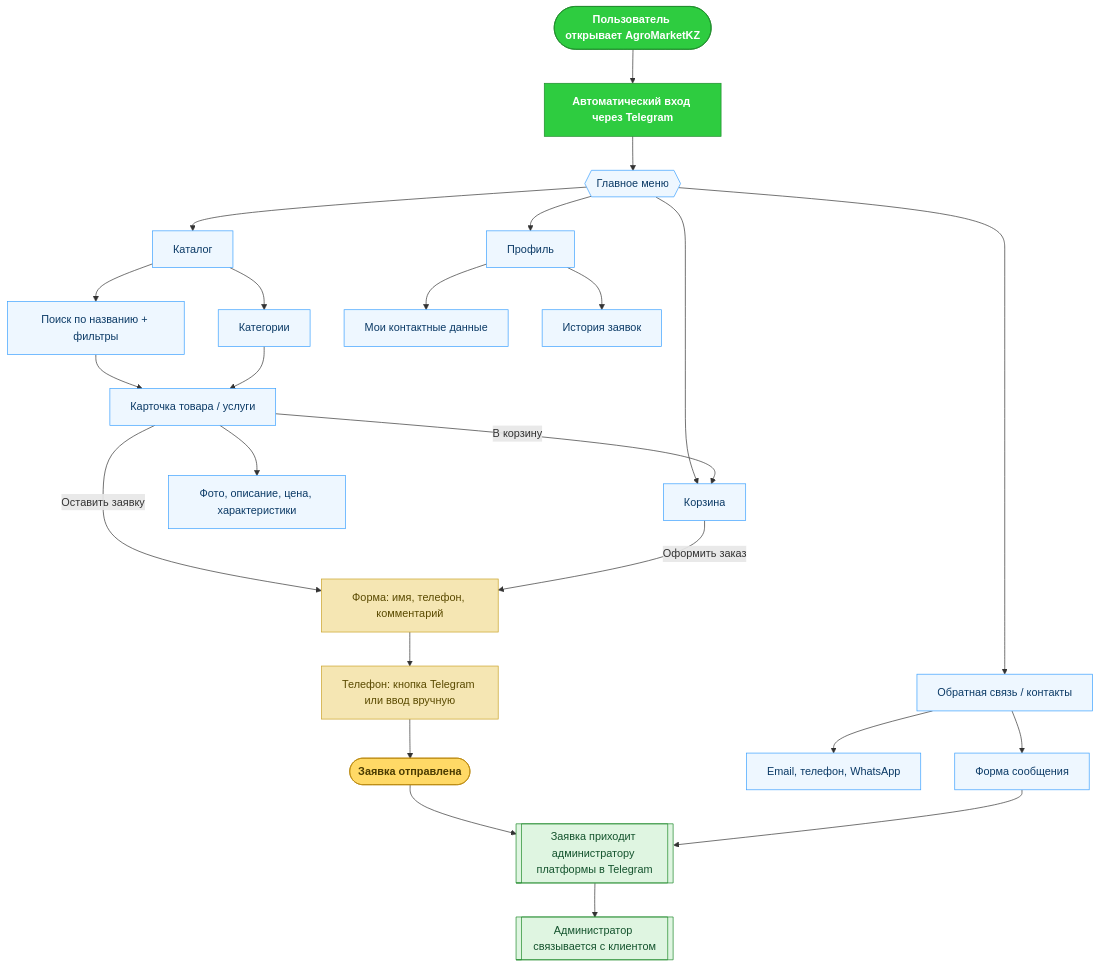
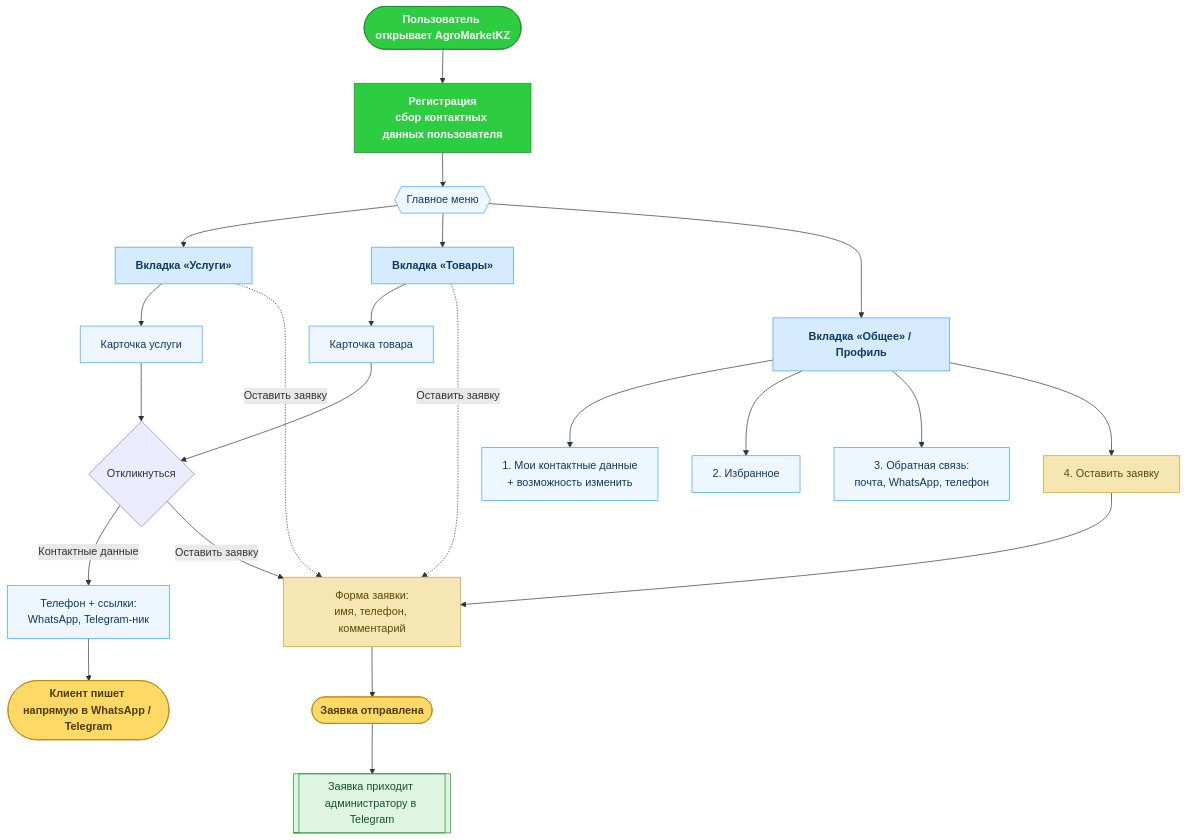
The diagram in USER_FLOW.md (bullbashechka/AgroMarketKZ), drawn with Mermaid before and after one commit. The commit also changed other lines of this file and 2 other files, not shown here.

Commit message:
docs: rework PRD, tasks, and flow around 3-tab navigation
Replace cart/checkout model with registration on entry, bottom nav of
Услуги/Товары/Общее tabs, "Откликнуться" (direct contacts or request),
and favorites. Update data model, API, screens, and E2E tasks to match.

````diff
--- a/USER_FLOW.md
+++ b/USER_FLOW.md
@@ -5,49 +5,49 @@
 ```mermaid
 flowchart TD
-    Start([Пользователь открывает AgroMarketKZ]) --> Auth[Автоматический вход через Telegram]
-    Auth --> Menu{{Главное меню}}
+    Start([Пользователь открывает AgroMarketKZ]) --> Reg[Регистрация<br/>сбор контактных данных пользователя]
+    Reg --> Menu{{Главное меню}}
 
-    Menu --> Catalog[Каталог]
-    Menu --> Cart[Корзина]
-    Menu --> Feedback[Обратная связь / контакты]
-    Menu --> Profile[Профиль]
+    %% Нижняя панель — 3 вкладки
+    Menu --> Services[Вкладка «Услуги»]
+    Menu --> Goods[Вкладка «Товары»]
+    Menu --> General[Вкладка «Общее» / Профиль]
 
-    %% Каталог
-    Catalog --> Search[Поиск по названию + фильтры]
-    Catalog --> Cats[Категории]
-    Search --> Card[Карточка товара / услуги]
-    Cats --> Card
-    Card --> Gallery[Фото, описание, цена, характеристики]
+    %% Услуги и товары
+    Services --> SCard[Карточка услуги]
+    Goods --> GCard[Карточка товара]
+    SCard --> Respond{Откликнуться}
+    GCard --> Respond
 
-    %% Два пути к заявке
-    Card -->|В корзину| Cart
-    Card -->|Оставить заявку| Form[Форма: имя, телефон, комментарий]
-    Cart -->|Оформить заказ| Form
+    %% Два варианта при отклике
+    Respond -->|Контактные данные| Contacts[Телефон + ссылки:<br/>WhatsApp, Telegram-ник]
+    Respond -->|Оставить заявку| Request[Форма заявки:<br/>имя, телефон, комментарий]
 
-    Form --> Phone[Телефон: кнопка Telegram или ввод вручную]
-    Phone --> Request([Заявка отправлена])
+    %% Заявку можно оставить и прямо с вкладок
+    Services -. Оставить заявку .-> Request
+    Goods -. Оставить заявку .-> Request
 
-    %% Что происходит после
-    Request --> Seller[[Заявка приходит администратору платформы в Telegram]]
-    Seller --> Contact[[Администратор связывается с клиентом]]
+    Contacts --> Write([Клиент пишет напрямую в WhatsApp / Telegram])
+    Request --> Sent([Заявка отправлена])
+    Sent --> Admin[[Заявка приходит администратору в Telegram]]
 
-    %% Обратная связь
-    Feedback --> Contacts[Email, телефон, WhatsApp]
-    Feedback --> FbForm[Форма сообщения] --> Seller
-
-    %% Профиль
-    Profile --> MyData[Мои контактные данные]
-    Profile --> History[История заявок]
+    %% Вкладка «Общее» / Профиль
+    General --> MyData[1. Мои контактные данные<br/>+ возможность изменить]
+    General --> Fav[2. Избранное]
+    General --> Feedback[3. Обратная связь:<br/>почта, WhatsApp, телефон]
+    General --> GenReq[4. Оставить заявку]
+    GenReq --> Request
 
     classDef entry fill:#2ecc40,stroke:#1e8a2a,color:#fff,font-weight:bold
+    classDef tab fill:#d7ebff,stroke:#3aa0ff,color:#0b3a66,font-weight:bold
     classDef screen fill:#eef7ff,stroke:#3aa0ff,color:#0b3a66
     classDef action fill:#f5e6b3,stroke:#c9a227,color:#5a4a00
     classDef result fill:#ffd966,stroke:#b8860b,color:#4a3b00,font-weight:bold
     classDef seller fill:#dff5e1,stroke:#1e8a2a,color:#14532d
 
-    class Start,Auth entry
-    class Menu,Catalog,Cart,Feedback,Profile,Search,Cats,Card,Gallery,Contacts,MyData,History,FbForm screen
-    class Form,Phone action
-    class Request result
-    class Seller,Contact seller
+    class Start,Reg entry
+    class Services,Goods,General tab
+    class Menu,SCard,GCard,Contacts,MyData,Fav,Feedback screen
+    class Request,GenReq action
+    class Write,Sent result
+    class Admin seller
 ```
````
